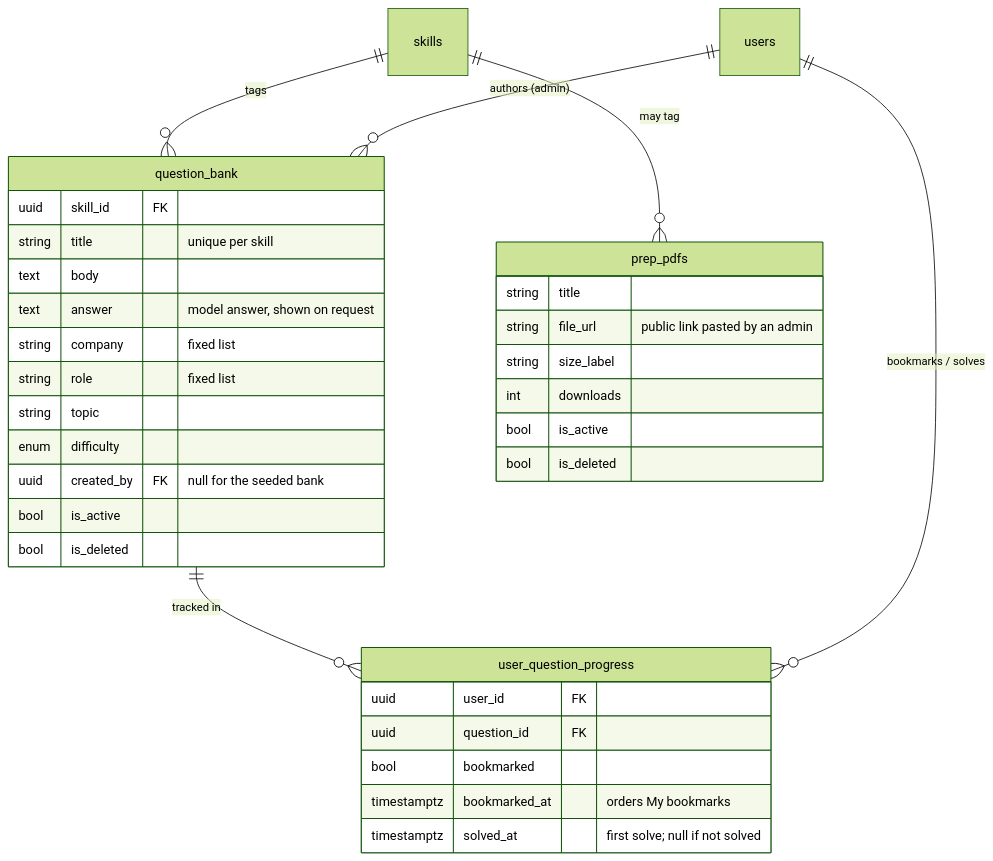
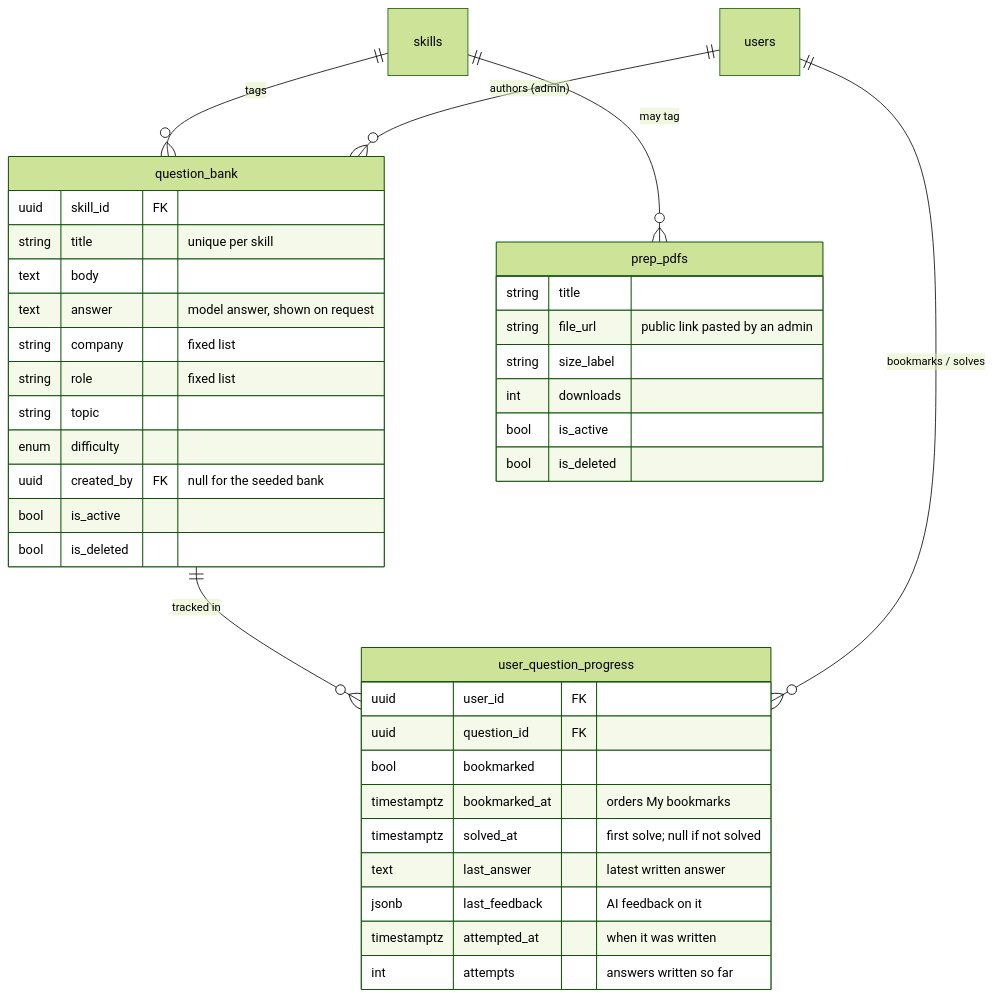
Before and after one commit to prepsuccess/PrepSuccess: the second of 2 diagrams in docs/DATA_MODEL.md, drawn with Mermaid (forest theme). The commit also changed other lines of this file and 27 other files, not shown here.

````diff
--- a/docs/DATA_MODEL.md
+++ b/docs/DATA_MODEL.md
@@ -165,37 +174,41 @@
 ```mermaid
 erDiagram
     skills ||--o{ question_bank : "tags"
     users ||--o{ question_bank : "authors (admin)"
     question_bank ||--o{ user_question_progress : "tracked in"
     users ||--o{ user_question_progress : "bookmarks / solves"
     skills ||--o{ prep_pdfs : "may tag"
 
     question_bank {
         uuid skill_id FK
         string title "unique per skill"
         text body
         text answer "model answer, shown on request"
         string company "fixed list"
         string role "fixed list"
         string topic
         enum difficulty
         uuid created_by FK "null for the seeded bank"
         bool is_active
         bool is_deleted
     }
     user_question_progress {
         uuid user_id FK
         uuid question_id FK
         bool bookmarked
         timestamptz bookmarked_at "orders My bookmarks"
         timestamptz solved_at "first solve; null if not solved"
+        text last_answer "latest written answer"
+        jsonb last_feedback "AI feedback on it"
+        timestamptz attempted_at "when it was written"
+        int attempts "answers written so far"
     }
     prep_pdfs {
         string title
         string file_url "public link pasted by an admin"
         string size_label
         int downloads
         bool is_active
         bool is_deleted
     }
 ```
````
